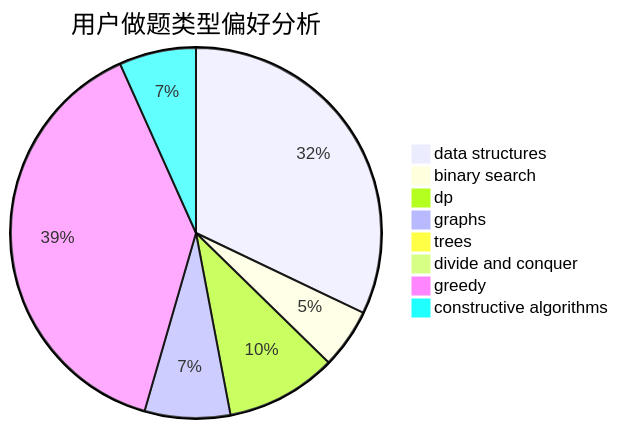
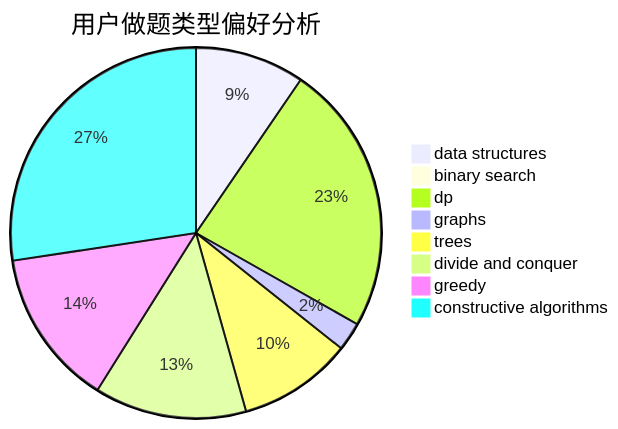
One commit to sherpahu/cfrs.github.io changed the second of 3 diagrams in docs/user/u390.md. Above: the diagram before and after it, drawn with Mermaid. The commit also changed other lines of this file and 2770 other files, not shown here.

````diff
--- a/docs/user/u390.md
+++ b/docs/user/u390.md
@@ -23,11 +23,11 @@
 ```mermaid
 pie title 用户做题类型偏好分析
-    "data structures" :  43
-    "binary search" :  7
-    "dp" :  13
-    "graphs" :  10
-    "trees" :  0
-    "divide and conquer" :  0
-    "greedy" :  52
-    "constructive algorithms" :  9
+    "data structures" :  23
+    "binary search" :  2
+    "dp" :  57
+    "graphs" :  6
+    "trees" :  24
+    "divide and conquer" :  32
+    "greedy" :  33
+    "constructive algorithms" :  66
 ```
````
